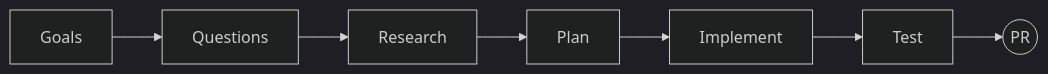
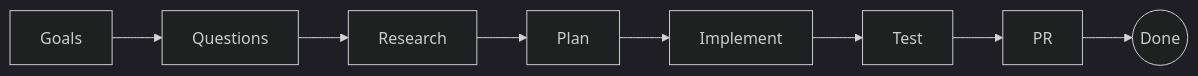
One commit to dfrysinger/qrspi-plus changed the third of 14 diagrams in README.md. Above: the diagram before and after it, drawn with Mermaid (dark theme). The commit also changed other lines of this file and 2 other files, not shown here.

````diff
--- a/README.md
+++ b/README.md
@@ -56,9 +58,10 @@
 ```mermaid
 flowchart LR
     G[Goals] --> Q[Questions]
     Q --> R[Research]
     R --> P[Plan]
     P --> I[Implement]
     I --> T[Test]
-    T --> PR((PR))
+    T --> PR[PR]
+    PR --> Done((Done))
 ```
````
